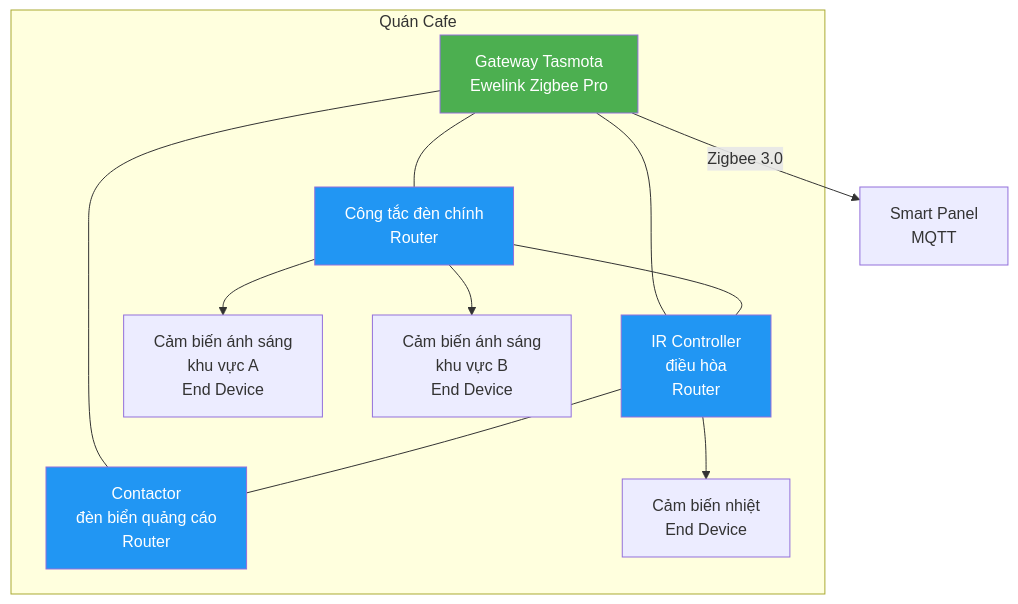
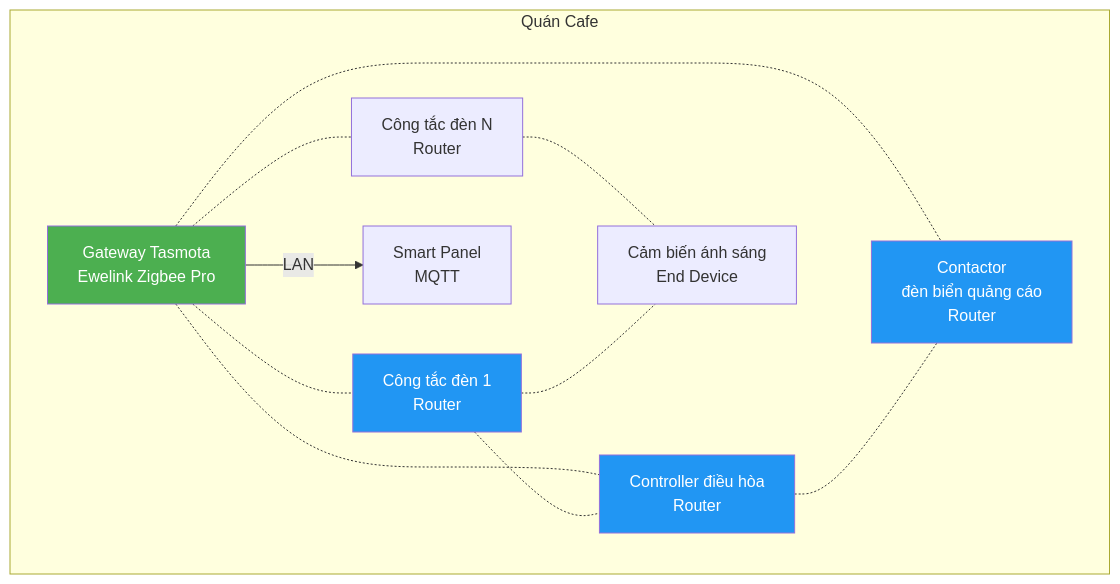
Before and after one commit to huongvn/HLCFEOS: the third of 3 diagrams in slides/05-zigbee.md, drawn with Mermaid. The commit also changed other lines of this file and 4 other files, not shown here.

````diff
--- a/slides/05-zigbee.md
+++ b/slides/05-zigbee.md
@@ -84,21 +82,20 @@
 ```mermaid
 graph TB
     subgraph "Quán Cafe"
-        A[Gateway Tasmota<br/>Ewelink Zigbee Pro] --- B[Công tắc đèn chính<br/>Router]
-        A --- C[IR Controller<br/>điều hòa<br/>Router]
-        A --- D[Contactor<br/>đèn biển quảng cáo<br/>Router]
-        B --- C
-        C --- D
+        A[Gateway Tasmota<br/>Ewelink Zigbee Pro] -.- B[Công tắc đèn 1<br/>Router]
+        A -.- K[Công tắc đèn N<br/>Router]
+        A -.- C[Controller điều hòa<br/>Router]
+        A -.- D[Contactor<br/>đèn biển quảng cáo<br/>Router]
+        B -.- C
+        C -.- D
+        K -.- E
         
-        B --> E[Cảm biến ánh sáng<br/>khu vực A<br/>End Device]
-        B --> F[Cảm biến ánh sáng<br/>khu vực B<br/>End Device]
-        C --> G[Cảm biến nhiệt<br/>End Device]
+        B -.- E[Cảm biến ánh sáng<br/>End Device]
+        A -- LAN --> I[Smart Panel<br/>MQTT]
     end
-    
-    A -- Zigbee 3.0 --> I[Smart Panel<br/>MQTT]
     
     style A fill:#4CAF50,color:#fff
     style B fill:#2196F3,color:#fff
     style C fill:#2196F3,color:#fff
     style D fill:#2196F3,color:#fff
 ```
````
